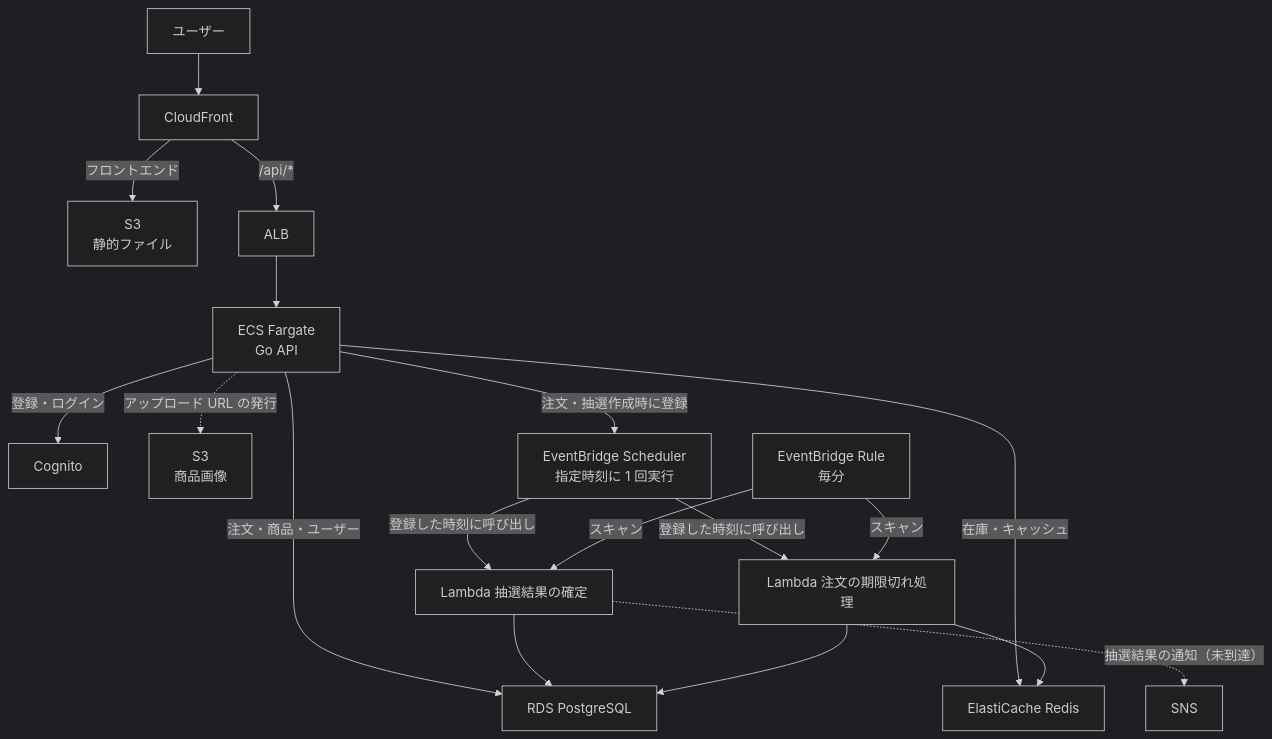
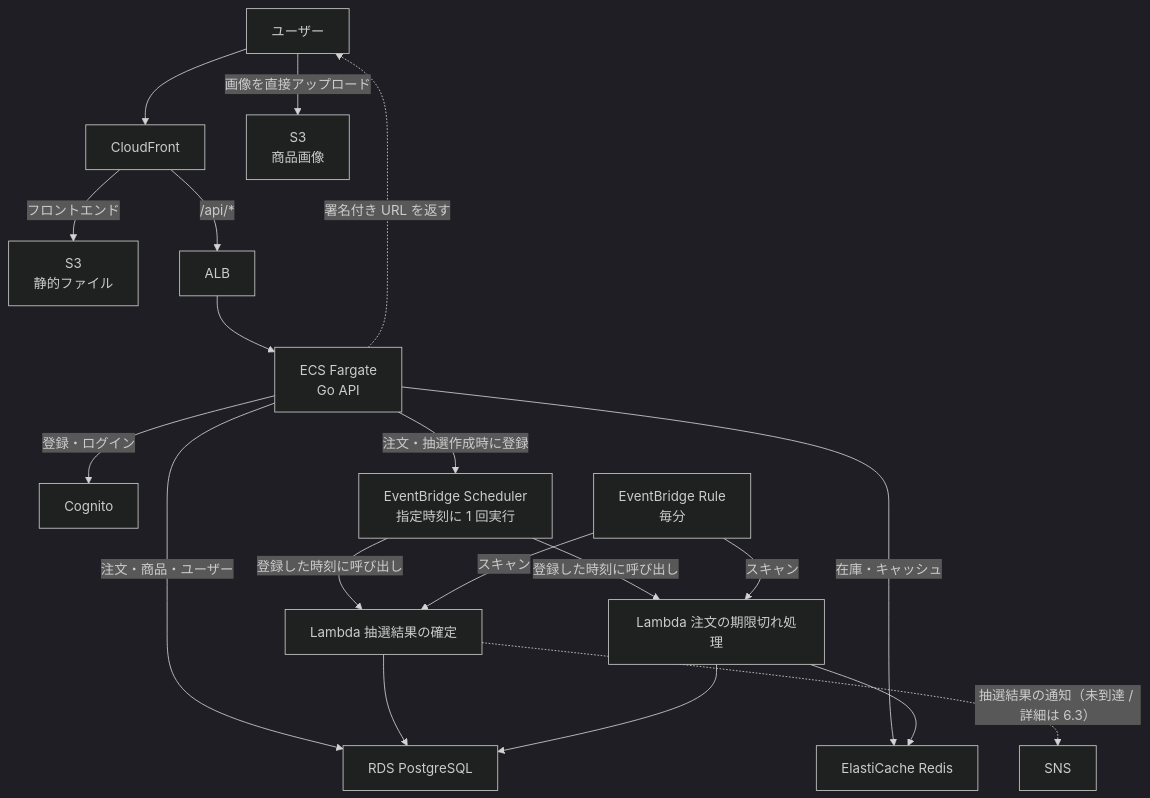
The first of 4 diagrams in README.md (jessehub777/flashbuy), drawn with Mermaid (dark theme) before and after one commit. The commit also changed other lines of this file and 1 other file, not shown here.

````diff
--- a/README.md
+++ b/README.md
@@ -55,20 +45,21 @@
 ```mermaid
 flowchart TB
   U["ユーザー"] --> CF["CloudFront"]
   CF -->|"フロントエンド"| S3F["S3<br/>静的ファイル"]
   CF -->|"/api/*"| ALB["ALB"]
   ALB --> ECS["ECS Fargate<br/>Go API"]
   ECS -->|"注文・商品・ユーザー"| RDS["RDS PostgreSQL"]
   ECS -->|"在庫・キャッシュ"| RD["ElastiCache Redis"]
   ECS -->|"登録・ログイン"| COG["Cognito"]
-  ECS -.->|"アップロード URL の発行"| S3I["S3<br/>商品画像"]
+  ECS -.->|"署名付き URL を返す"| U
+  U -->|"画像を直接アップロード"| S3I["S3<br/>商品画像"]
   ECS -->|"注文・抽選作成時に登録"| SCH["EventBridge Scheduler<br/>指定時刻に 1 回実行"]
   SCH -->|"登録した時刻に呼び出し"| L1["Lambda 抽選結果の確定"]
   SCH -->|"登録した時刻に呼び出し"| L2["Lambda 注文の期限切れ処理"]
   RULE["EventBridge Rule<br/>毎分"] -->|"スキャン"| L1
   RULE -->|"スキャン"| L2
   L1 --> RDS
-  L1 -.->|"抽選結果の通知（未到達）"| SNS["SNS"]
+  L1 -.->|"抽選結果の通知（未到達 / 詳細は 6.3）"| SNS["SNS"]
   L2 --> RDS
   L2 --> RD
 ```
````
